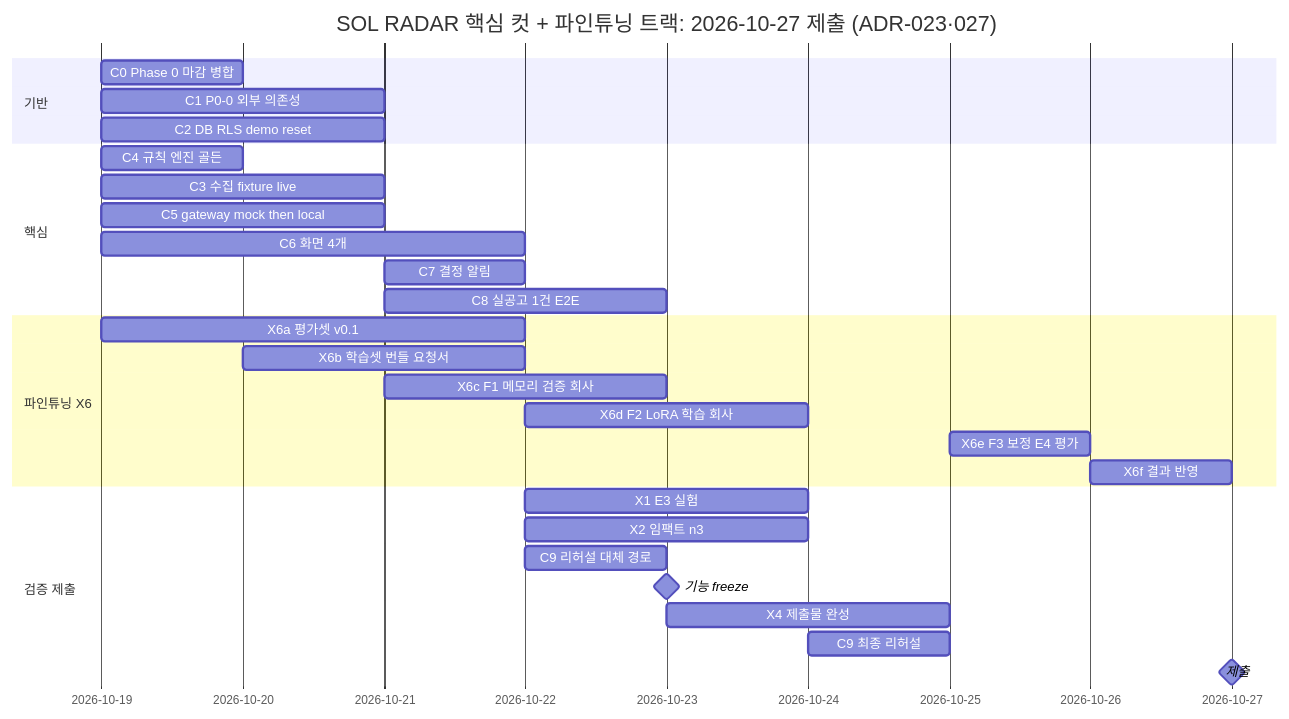
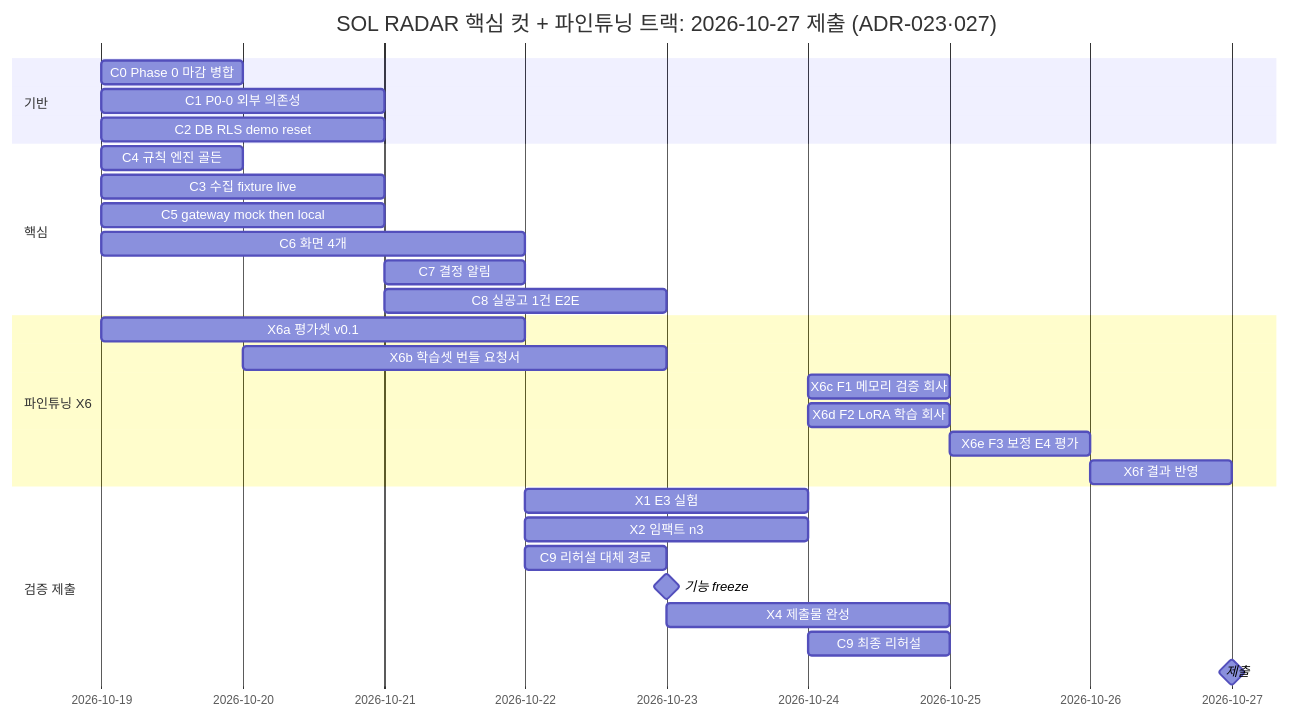
One commit to solideoai/sol-radar changed the diagram in docs/12-ROADMAP.md. Above: the diagram before and after it, drawn with Mermaid. The commit also changed other lines of this file and 7 other files, not shown here.

````diff
--- a/docs/12-ROADMAP.md
+++ b/docs/12-ROADMAP.md
@@ -121,31 +121,31 @@
 ```mermaid
 gantt
  title SOL RADAR 핵심 컷 + 파인튜닝 트랙: 2026-10-27 제출 (ADR-023·027)
  dateFormat YYYY-MM-DD
  section 기반
  C0 Phase 0 마감 병합 :c0, 2026-10-19, 1d
  C1 P0-0 외부 의존성 :c1, 2026-10-19, 2d
  C2 DB RLS demo reset :c2, 2026-10-19, 2d
  section 핵심
  C4 규칙 엔진 골든 :c4, 2026-10-19, 1d
  C3 수집 fixture live :c3, 2026-10-19, 2d
  C5 gateway mock then local :c5, 2026-10-19, 2d
  C6 화면 4개 :c6, 2026-10-19, 3d
  C7 결정 알림 :c7, 2026-10-21, 1d
  C8 실공고 1건 E2E :c8, 2026-10-21, 2d
  section 파인튜닝 X6
  X6a 평가셋 v0.1 :x6a, 2026-10-19, 3d
- X6b 학습셋 번들 요청서 :x6b, 2026-10-20, 2d
- X6c F1 메모리 검증 회사 :x6c, 2026-10-21, 2d
- X6d F2 LoRA 학습 회사 :x6d, 2026-10-22, 2d
+ X6b 학습셋 번들 요청서 :x6b, 2026-10-20, 3d
+ X6c F1 메모리 검증 회사 :x6c, 2026-10-24, 1d
+ X6d F2 LoRA 학습 회사 :x6d, 2026-10-24, 1d
  X6e F3 보정 E4 평가 :x6e, 2026-10-25, 1d
  X6f 결과 반영 :x6f, 2026-10-26, 1d
  section 검증 제출
  X1 E3 실험 :x1, 2026-10-22, 2d
  X2 임팩트 n3 :x2, 2026-10-22, 2d
  C9 리허설 대체 경로 :c9, 2026-10-22, 1d
  기능 freeze :milestone, mf, 2026-10-23, 0d
  X4 제출물 완성 :x4, 2026-10-23, 2d
  C9 최종 리허설 :c9b, 2026-10-24, 1d
  제출 :milestone, ms, 2026-10-27, 0d
 ```
````
